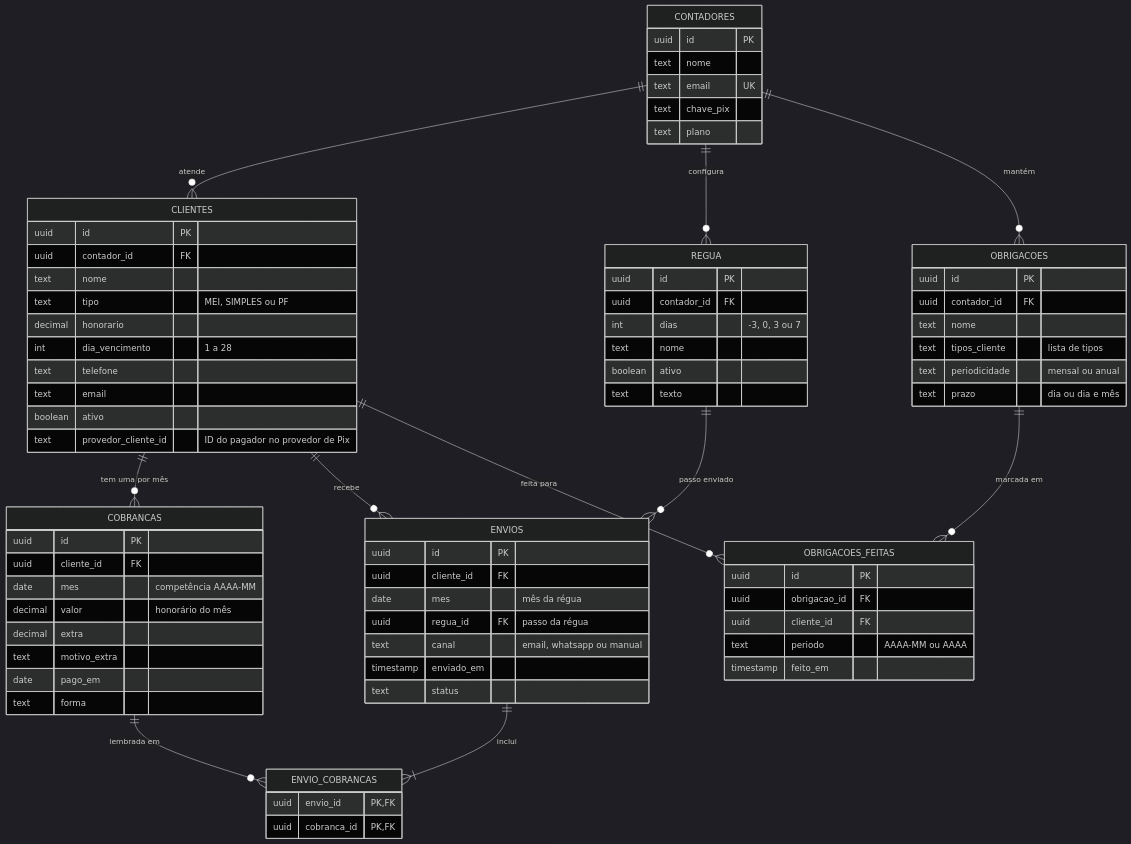
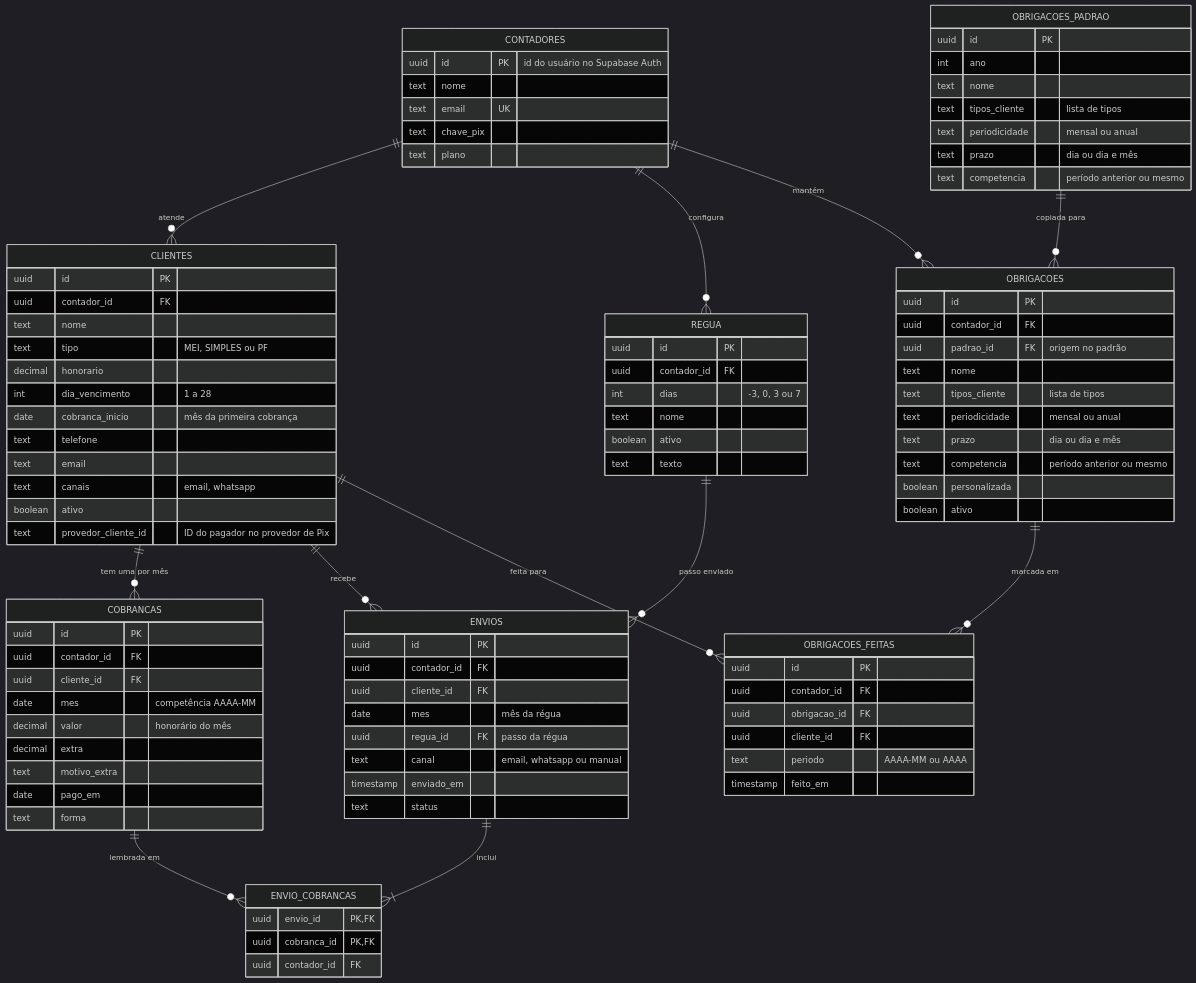
One commit to 77mdias/neximob changed the second of 2 diagrams in docs/SRS.md. Above: the diagram before and after it, drawn with Mermaid (dark theme). The commit also changed other lines of this file and 4 other files, not shown here.

```diff
--- a/docs/SRS.md
+++ b/docs/SRS.md
@@ -616,11 +643,12 @@
     REGUA ||--o{ ENVIOS : "passo enviado"
     ENVIOS ||--|{ ENVIO_COBRANCAS : "inclui"
     COBRANCAS ||--o{ ENVIO_COBRANCAS : "lembrada em"
+    OBRIGACOES_PADRAO ||--o{ OBRIGACOES : "copiada para"
     OBRIGACOES ||--o{ OBRIGACOES_FEITAS : "marcada em"
     CLIENTES ||--o{ OBRIGACOES_FEITAS : "feita para"
 
     CONTADORES {
-        uuid id PK
+        uuid id PK "id do usuário no Supabase Auth"
         text nome
         text email UK
         text chave_pix
@@ -633,13 +661,16 @@
         text tipo "MEI, SIMPLES ou PF"
         decimal honorario
         int dia_vencimento "1 a 28"
+        date cobranca_inicio "mês da primeira cobrança"
         text telefone
         text email
+        text canais "email, whatsapp"
         boolean ativo
         text provedor_cliente_id "ID do pagador no provedor de Pix"
     }
     COBRANCAS {
         uuid id PK
+        uuid contador_id FK
         uuid cliente_id FK
         date mes "competência AAAA-MM"
         decimal valor "honorário do mês"
@@ -650,6 +681,7 @@
     }
     ENVIOS {
         uuid id PK
+        uuid contador_id FK
         uuid cliente_id FK
         date mes "mês da régua"
         uuid regua_id FK "passo da régua"
@@ -660,6 +692,7 @@
     ENVIO_COBRANCAS {
         uuid envio_id PK, FK
         uuid cobranca_id PK, FK
+        uuid contador_id FK
     }
     REGUA {
         uuid id PK
@@ -669,16 +702,30 @@
         boolean ativo
         text texto
     }
-    OBRIGACOES {
+    OBRIGACOES_PADRAO {
         uuid id PK
-        uuid contador_id FK
+        int ano
         text nome
         text tipos_cliente "lista de tipos"
         text periodicidade "mensal ou anual"
         text prazo "dia ou dia e mês"
+        text competencia "período anterior ou mesmo"
+    }
+    OBRIGACOES {
+        uuid id PK
+        uuid contador_id FK
+        uuid padrao_id FK "origem no padrão"
+        text nome
+        text tipos_cliente "lista de tipos"
+        text periodicidade "mensal ou anual"
+        text prazo "dia ou dia e mês"
+        text competencia "período anterior ou mesmo"
+        boolean personalizada
+        boolean ativo
     }
     OBRIGACOES_FEITAS {
         uuid id PK
+        uuid contador_id FK
         uuid obrigacao_id FK
         uuid cliente_id FK
         text periodo "AAAA-MM ou AAAA"
```
